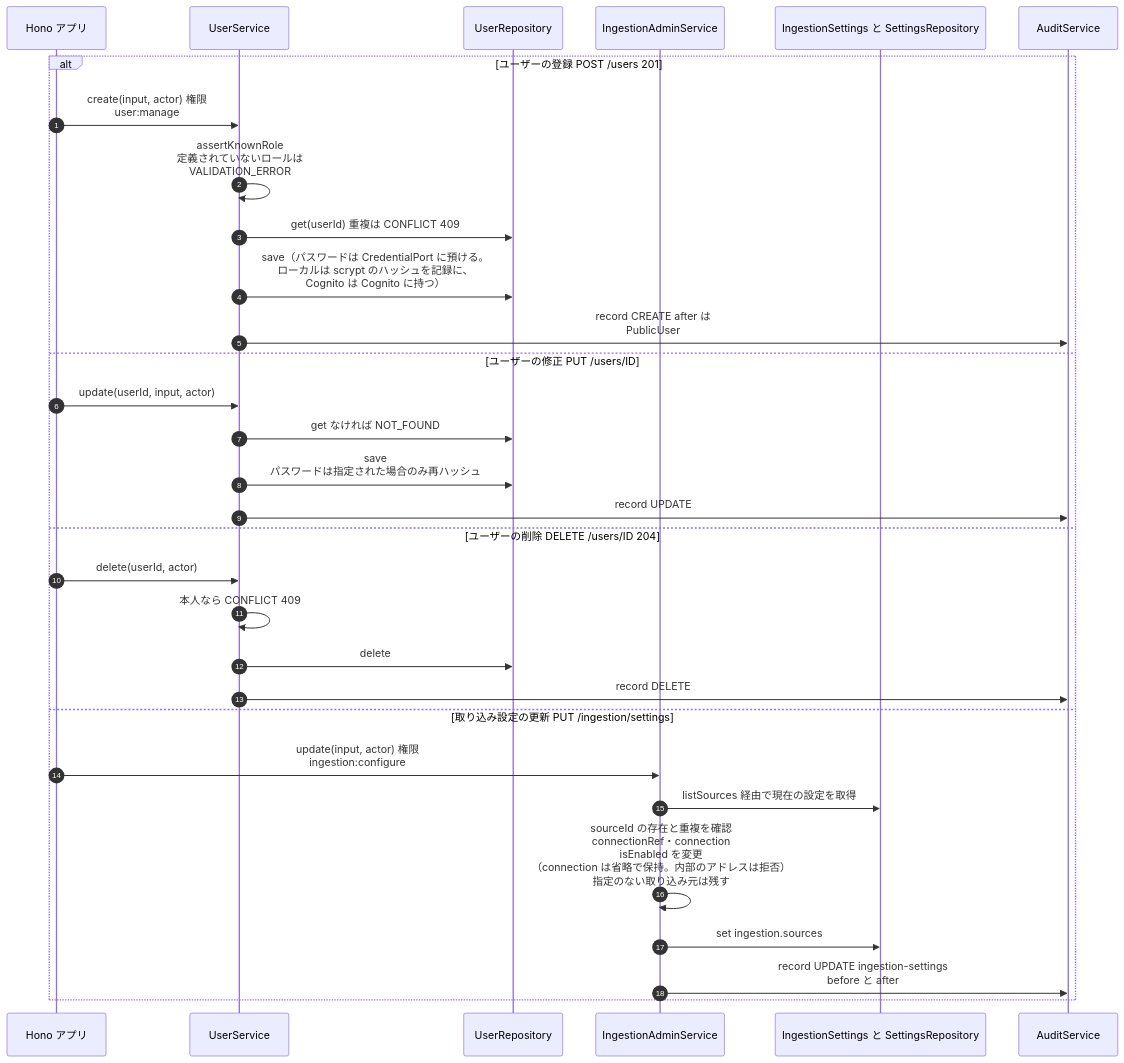
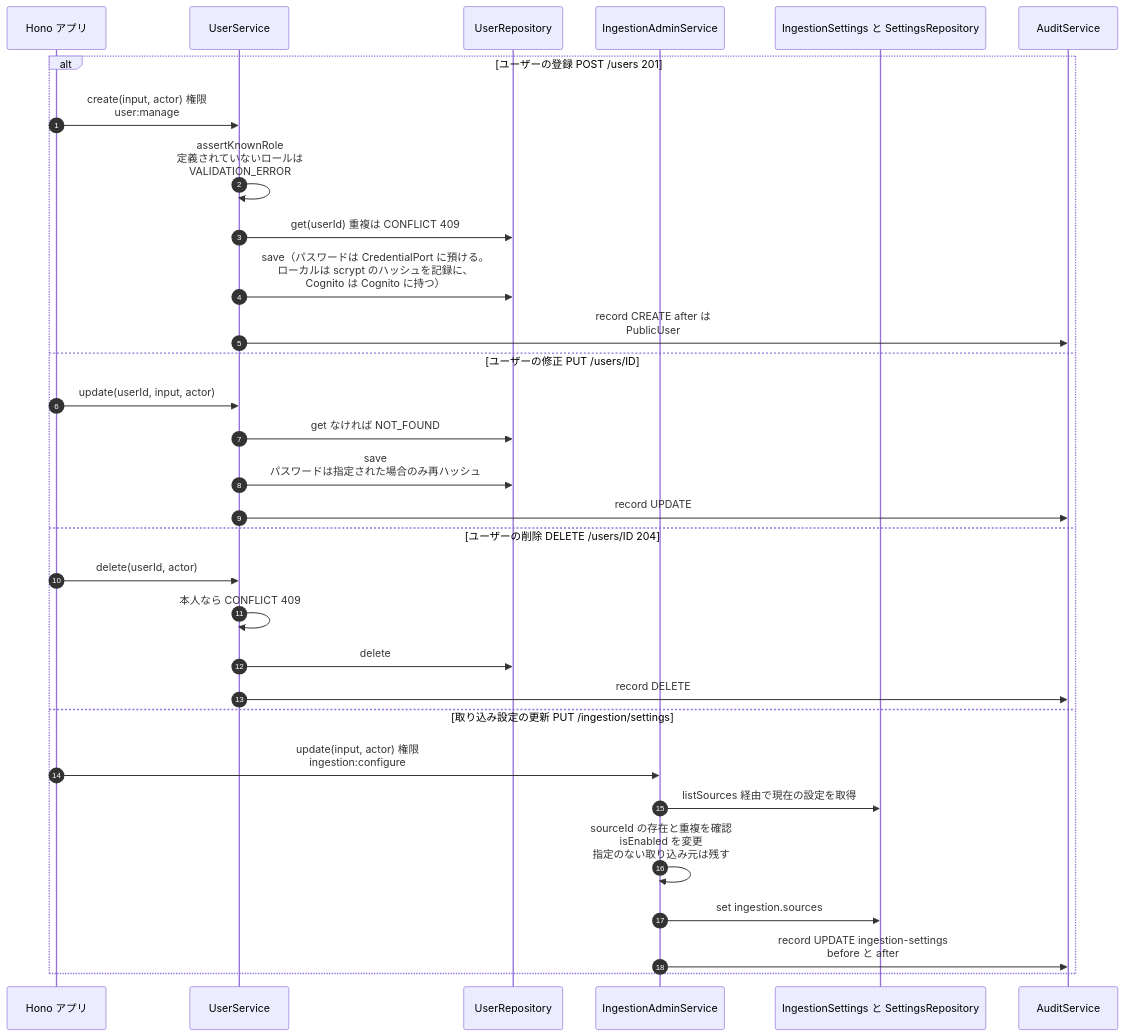
One commit to NS-APU/smart-farm-monitoring changed diagram 26 of 46 in docs/10_design/architecture/as-built.md. Above: the diagram before and after it, drawn with Mermaid. The commit also changed other lines of this file and 13 other files, not shown here.

````diff
--- a/docs/10_design/architecture/as-built.md
+++ b/docs/10_design/architecture/as-built.md
@@ -1768,34 +1766,34 @@
 ```mermaid
 sequenceDiagram
   autonumber
   participant APP as Hono アプリ
   participant US as UserService
   participant UR as UserRepository
   participant IA as IngestionAdminService
   participant SR as IngestionSettings と SettingsRepository
   participant AU as AuditService
 
   alt ユーザーの登録 POST /users 201
     APP->>US: create(input, actor) 権限<br>user:manage
     US->>US: assertKnownRole<br>定義されていないロールは<br>VALIDATION_ERROR
     US->>UR: get(userId) 重複は CONFLICT 409
     US->>UR: save（パスワードは CredentialPort に預ける。<br>ローカルは scrypt のハッシュを記録に、<br>Cognito は Cognito に持つ）
     US->>AU: record CREATE after は<br>PublicUser
   else ユーザーの修正 PUT /users/ID
     APP->>US: update(userId, input, actor)
     US->>UR: get なければ NOT_FOUND
     US->>UR: save<br>パスワードは指定された場合のみ再ハッシュ
     US->>AU: record UPDATE
   else ユーザーの削除 DELETE /users/ID 204
     APP->>US: delete(userId, actor)
     US->>US: 本人なら CONFLICT 409
     US->>UR: delete
     US->>AU: record DELETE
   else 取り込み設定の更新 PUT /ingestion/settings
     APP->>IA: update(input, actor) 権限<br>ingestion:configure
     IA->>SR: listSources 経由で現在の設定を取得
-    IA->>IA: sourceId の存在と重複を確認<br>connectionRef・connection<br>isEnabled を変更<br>（connection は省略で保持。内部のアドレスは拒否）<br>指定のない取り込み元は残す
+    IA->>IA: sourceId の存在と重複を確認<br>isEnabled を変更<br>指定のない取り込み元は残す
     IA->>SR: set ingestion.sources
     IA->>AU: record UPDATE ingestion-settings<br>before と after
   end
 ```
````
